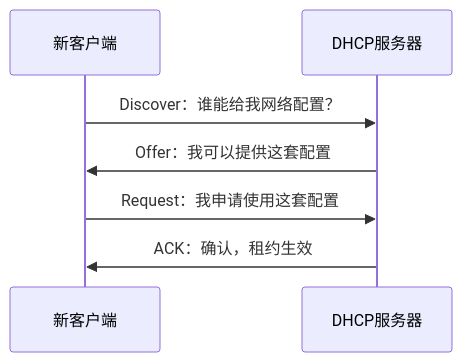
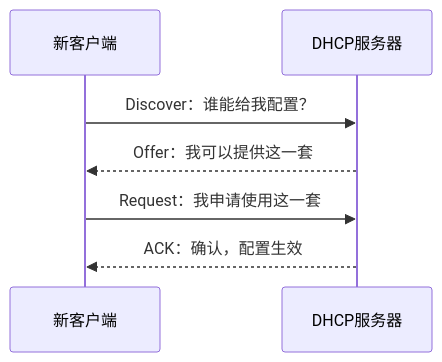
The diagram in 01_综合知识/01_计算机系统基础知识/03_计算机网络/07_应用层/01_名称与地址配置/DHCP自动地址配置.md (74262195/system-architect-notes), drawn with Mermaid before and after one commit. The commit also changed other lines of this file and 8 other files, not shown here.

````diff
--- a/01_综合知识/01_计算机系统基础知识/03_计算机网络/07_应用层/01_名称与地址配置/DHCP自动地址配置.md
+++ b/01_综合知识/01_计算机系统基础知识/03_计算机网络/07_应用层/01_名称与地址配置/DHCP自动地址配置.md
@@ -90,9 +55,9 @@
 ```mermaid
 sequenceDiagram
     participant C as 新客户端
     participant S as DHCP服务器
-    C->>S: Discover：谁能给我网络配置？
-    S->>C: Offer：我可以提供这套配置
-    C->>S: Request：我申请使用这套配置
-    S->>C: ACK：确认，租约生效
+    C->>S: Discover：谁能给我配置？
+    S-->>C: Offer：我可以提供这一套
+    C->>S: Request：我申请使用这一套
+    S-->>C: ACK：确认，配置生效
 ```
````
